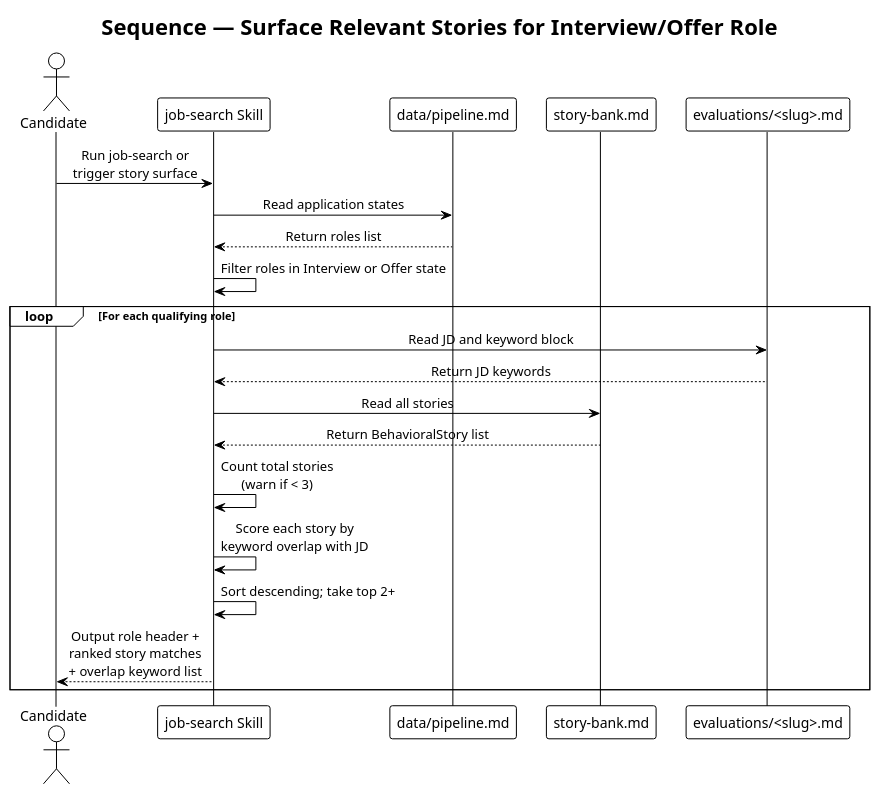
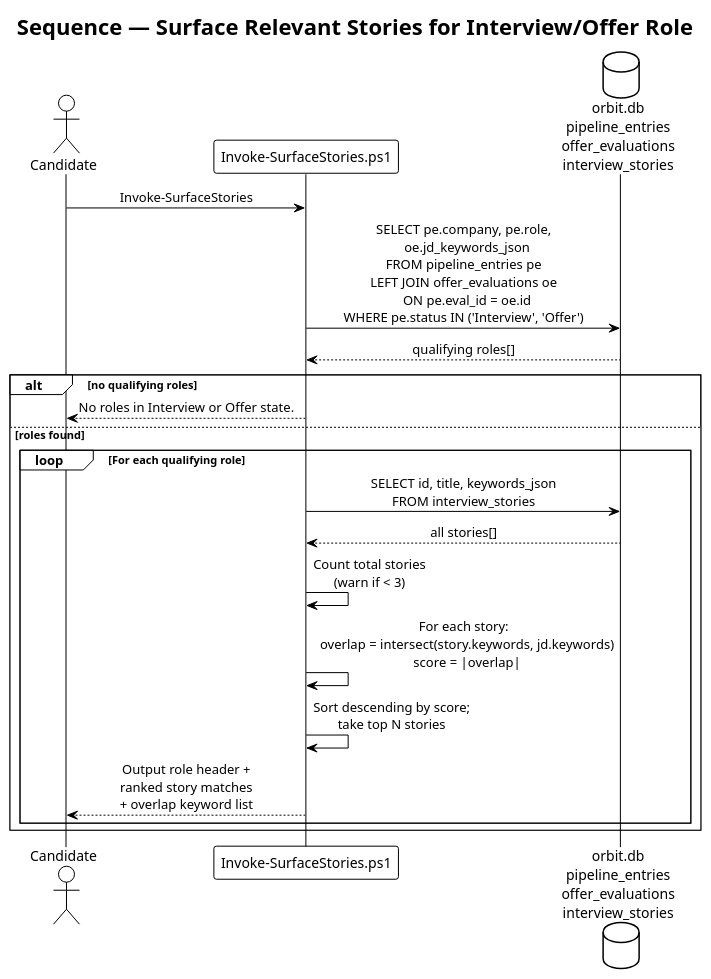
Before and after one commit to QuinntyneBrown/Orbit: the diagram in docs/detailed-designs/10-interview-preparation/diagrams/sequence_surface_stories.puml, drawn with PlantUML. The commit also changed 4 other files, not shown here.

Commit message:
Update sequence diagrams for search history, compensation research, interview prep, and recruiter management

```diff
--- a/docs/detailed-designs/10-interview-preparation/diagrams/sequence_surface_stories.puml
+++ b/docs/detailed-designs/10-interview-preparation/diagrams/sequence_surface_stories.puml
@@ -1,31 +1,31 @@
 @startuml sequence_surface_stories
 !theme plain
 skinparam sequenceMessageAlign center
 
 title Sequence — Surface Relevant Stories for Interview/Offer Role
 
 actor Candidate
-participant "job-search Skill" as Skill
-participant "data/pipeline.md" as Pipeline
-participant "story-bank.md" as StoryBank
-participant "evaluations/<slug>.md" as Evaluation
+participant "Invoke-SurfaceStories.ps1" as Script
+database "orbit.db\npipeline_entries\noffer_evaluations\ninterview_stories" as DB
 
-Candidate -> Skill : Run job-search or\ntrigger story surface
-Skill -> Pipeline : Read application states
-Pipeline --> Skill : Return roles list
+Candidate -> Script : Invoke-SurfaceStories
 
-Skill -> Skill : Filter roles in Interview or Offer state
+Script -> DB : SELECT pe.company, pe.role,\n  oe.jd_keywords_json\nFROM pipeline_entries pe\nLEFT JOIN offer_evaluations oe\n  ON pe.eval_id = oe.id\nWHERE pe.status IN ('Interview', 'Offer')
+DB --> Script : qualifying roles[]
 
-loop For each qualifying role
-    Skill -> Evaluation : Read JD and keyword block
-    Evaluation --> Skill : Return JD keywords
-    Skill -> StoryBank : Read all stories
-    StoryBank --> Skill : Return BehavioralStory list
+alt no qualifying roles
+    Script --> Candidate : No roles in Interview or Offer state.
+else roles found
+    loop For each qualifying role
+        Script -> DB : SELECT id, title, keywords_json\nFROM interview_stories
+        DB --> Script : all stories[]
 
-    Skill -> Skill : Count total stories\n(warn if < 3)
-    Skill -> Skill : Score each story by\nkeyword overlap with JD
-    Skill -> Skill : Sort descending; take top 2+
-    Skill --> Candidate : Output role header +\nranked story matches\n+ overlap keyword list
+        Script -> Script : Count total stories\n(warn if < 3)
+        Script -> Script : For each story:\n  overlap = intersect(story.keywords, jd.keywords)\n  score = |overlap|
+        Script -> Script : Sort descending by score;\ntake top N stories
+
+        Script --> Candidate : Output role header +\nranked story matches\n+ overlap keyword list
+    end
 end
 
 @enduml
```
